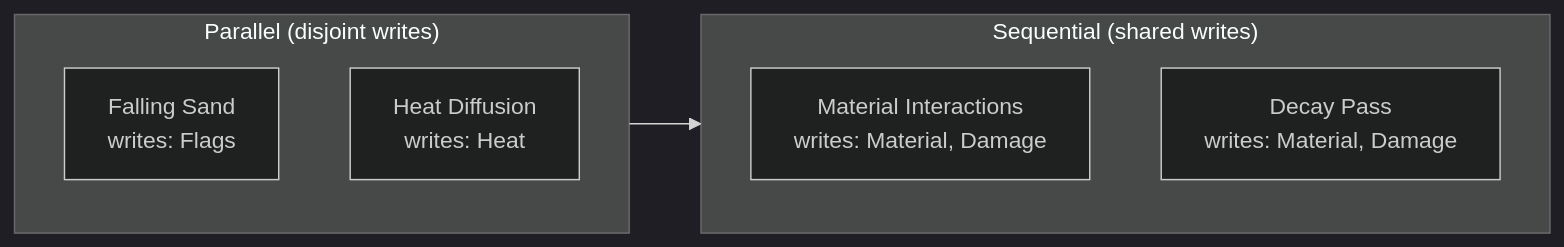
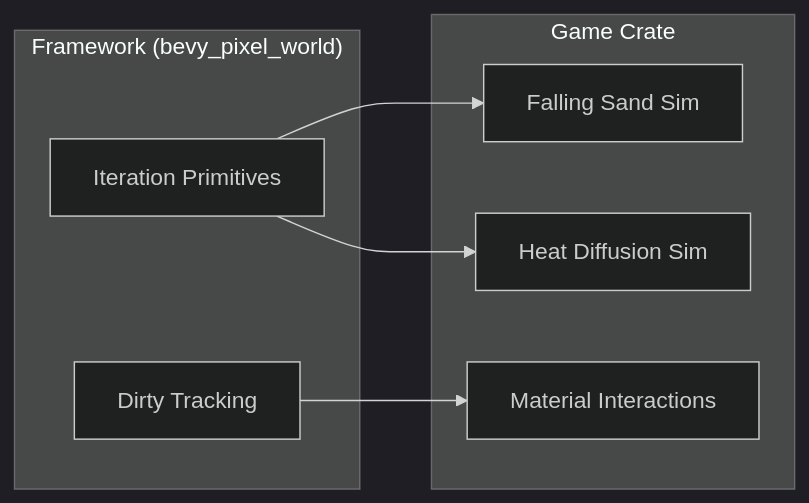
One commit to api-haus/bevy_pixel_world changed the second of 5 diagrams in docs/arhitecture/modularity/pixel-layers.md. Above: the diagram before and after it, drawn with Mermaid (dark theme). The commit also changed other lines of this file and 6 other files, not shown here.

````diff
--- a/docs/arhitecture/modularity/pixel-layers.md
+++ b/docs/arhitecture/modularity/pixel-layers.md
@@ -206,12 +179,15 @@
 ```mermaid
 flowchart LR
-    subgraph Parallel["Parallel (disjoint writes)"]
-        A["Falling Sand<br/>writes: Flags"]
-        B["Heat Diffusion<br/>writes: Heat"]
+    subgraph Framework["Framework (bevy_pixel_world)"]
+        A["Iteration Primitives"]
+        B["Dirty Tracking"]
     end
-    subgraph Sequential["Sequential (shared writes)"]
-        C["Material Interactions<br/>writes: Material, Damage"]
-        D["Decay Pass<br/>writes: Material, Damage"]
+    subgraph Game["Game Crate"]
+        C["Falling Sand Sim"]
+        D["Heat Diffusion Sim"]
+        E["Material Interactions"]
     end
-    Parallel --> Sequential
+    A --> C
+    A --> D
+    B --> E
 ```
````
